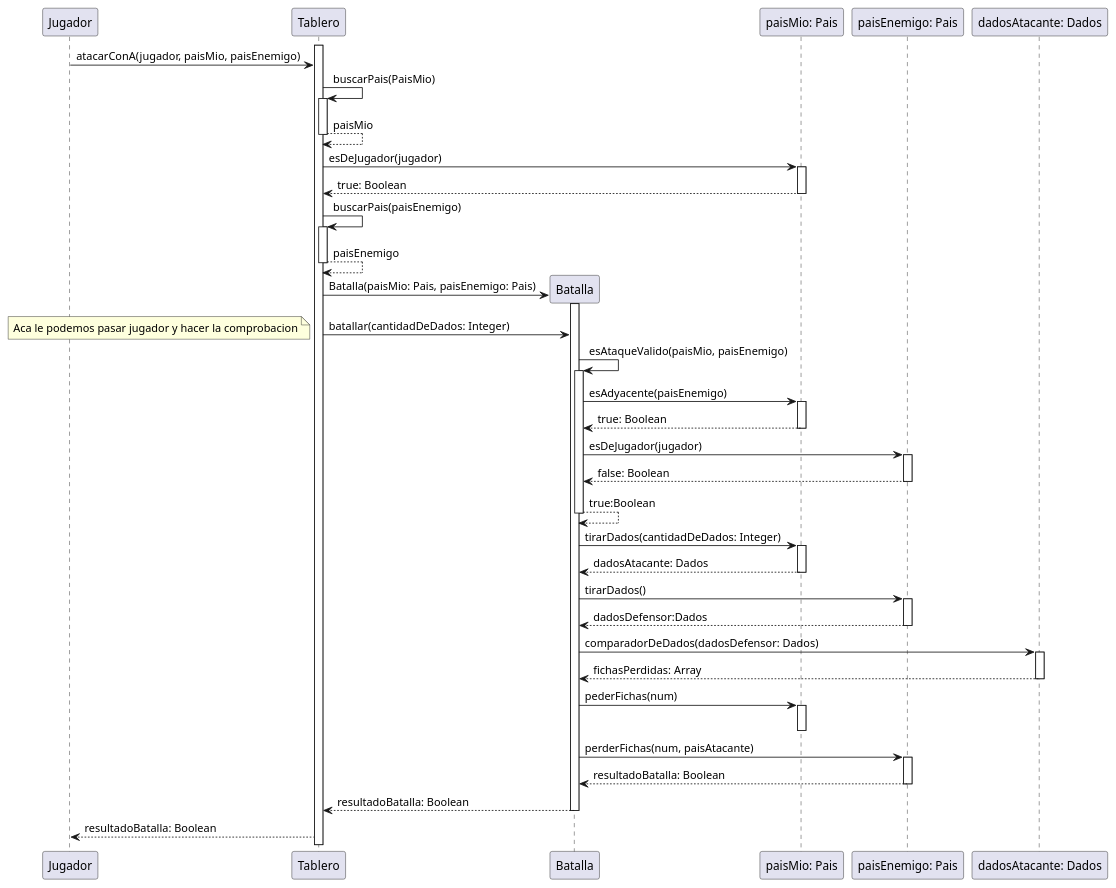
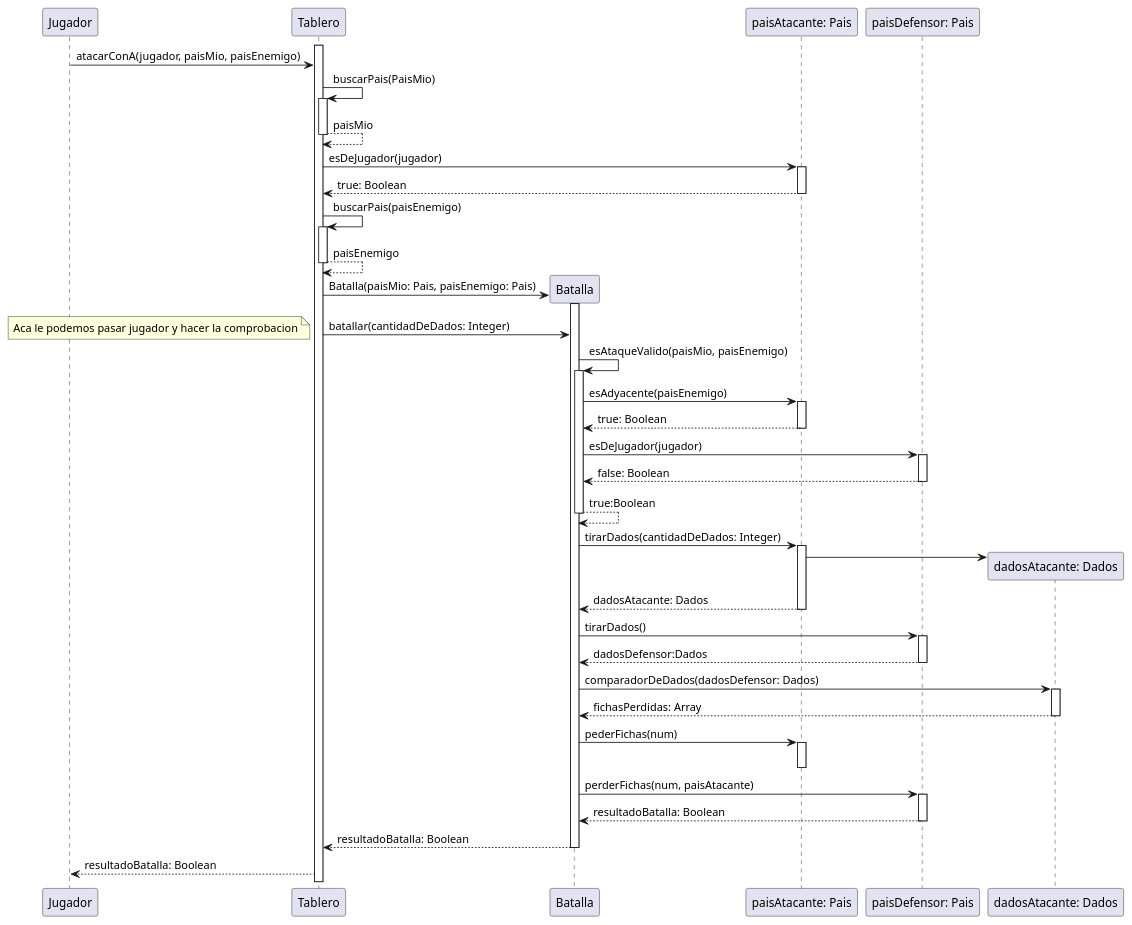
One commit to mpata2000/Algo3-TP2-TEG changed the diagram in docs/Diagramas/Codigo/DiagramaDeSecuenciaUnPaisAtacaAOtro.puml. Above: the diagram before and after it, drawn with PlantUML. The commit also changed 1 other file, not shown here.

Commit message:
Corrigo nombres en DiagramaDeSecuenciaUnPaisAtacaAOtro.puml

```diff
--- a/docs/Diagramas/Codigo/DiagramaDeSecuenciaUnPaisAtacaAOtro.puml
+++ b/docs/Diagramas/Codigo/DiagramaDeSecuenciaUnPaisAtacaAOtro.puml
@@ -1,64 +1,66 @@
 @startuml DiagramaDeSecuenciaUnPaisAtacaAOtro-V0.6
 
 Participant Jugador
 Participant Tablero
 Participant Batalla
-Participant Pais as "paisMio: Pais"
-Participant PaisEnemigo as "paisEnemigo: Pais"
+Participant Pais as "paisAtacante: Pais"
+Participant PaisEnemigo as "paisDefensor: Pais"
 Participant DadosAtacante as "dadosAtacante: Dados"
 
 activate Tablero
 Jugador->Tablero: atacarConA(jugador, paisMio, paisEnemigo)
 Tablero -> Tablero: buscarPais(PaisMio)
 activate Tablero
 Tablero --> Tablero: paisMio
 deactivate Tablero
 Tablero -> Pais: esDeJugador(jugador)
 activate Pais
 Pais --> Tablero: true: Boolean
 deactivate Pais
 Tablero -> Tablero: buscarPais(paisEnemigo)
 activate Tablero
 Tablero --> Tablero: paisEnemigo
 deactivate Tablero
 create Batalla
 Tablero -> Batalla: Batalla(paisMio: Pais, paisEnemigo: Pais)
 activate Batalla
 Tablero -> Batalla: batallar(cantidadDeDados: Integer)
 note left: Aca le podemos pasar jugador y hacer la comprobacion
 Batalla -> Batalla: esAtaqueValido(paisMio, paisEnemigo)
 activate Batalla
 Batalla -> Pais: esAdyacente(paisEnemigo)
 activate Pais
 Pais --> Batalla: true: Boolean
 deactivate Pais
 Batalla -> PaisEnemigo: esDeJugador(jugador)
 activate PaisEnemigo
 PaisEnemigo --> Batalla: false: Boolean
 deactivate PaisEnemigo
 Batalla --> Batalla: true:Boolean
 deactivate Batalla
 Batalla -> Pais: tirarDados(cantidadDeDados: Integer)
 activate Pais
+create DadosAtacante
+Pais-> DadosAtacante
 Pais --> Batalla: dadosAtacante: Dados
 deactivate Pais
 Batalla -> PaisEnemigo: tirarDados()
 activate PaisEnemigo
 PaisEnemigo --> Batalla: dadosDefensor:Dados
 deactivate PaisEnemigo
 Batalla -> DadosAtacante: comparadorDeDados(dadosDefensor: Dados)
 activate DadosAtacante
 DadosAtacante --> Batalla: fichasPerdidas: Array
 deactivate DadosAtacante
 Batalla -> Pais: pederFichas(num)
 activate Pais
 deactivate Pais
 Batalla -> PaisEnemigo: perderFichas(num, paisAtacante)
 activate PaisEnemigo
 PaisEnemigo --> Batalla: resultadoBatalla: Boolean
 deactivate PaisEnemigo
 Batalla --> Tablero: resultadoBatalla: Boolean
 deactivate Batalla
 Tablero --> Jugador: resultadoBatalla: Boolean
 
 @enduml
```
